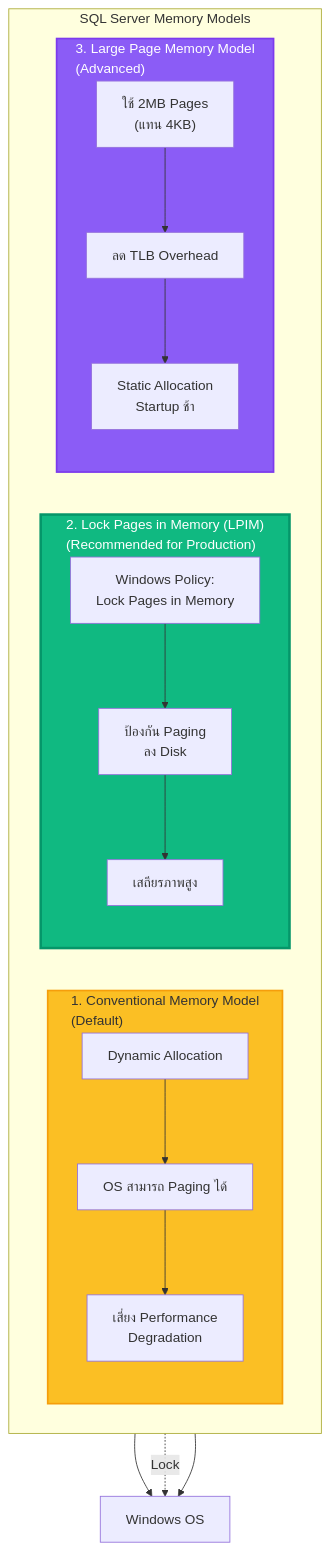
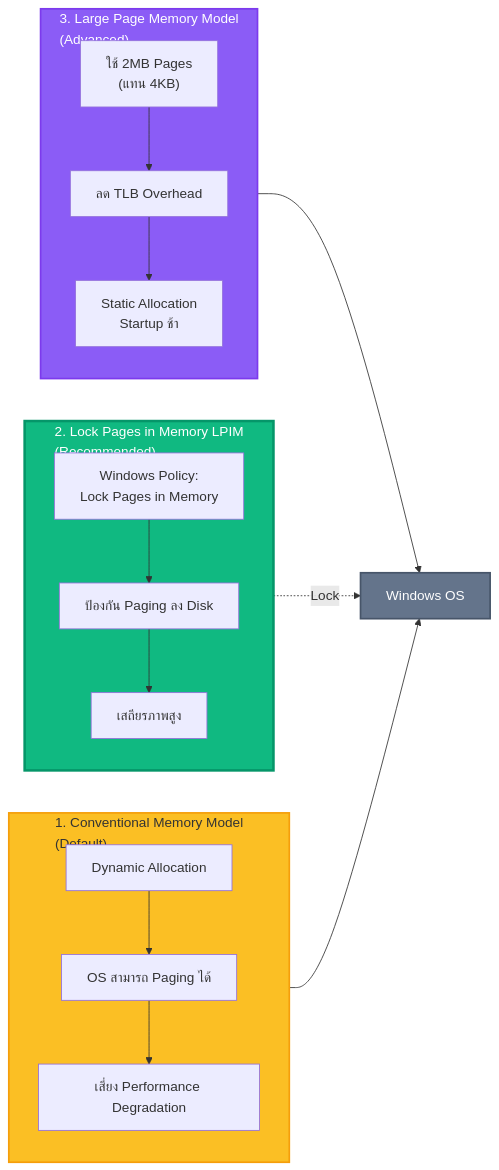
The second of 7 diagrams in Module_04_Memory/README.md (phakkhaphong/sql-server-performance-tuning), drawn with Mermaid before and after one commit.

Commit message:
Refactor README diagram for SQL Server Memory Models, updating layout direction and improving clarity in visual representation while maintaining consistency in terminology.

````diff
--- a/Module_04_Memory/README.md
+++ b/Module_04_Memory/README.md
@@ -85,40 +85,37 @@
 ```mermaid
-graph TB
-    subgraph MemoryModels["SQL Server Memory Models"]
-        direction LR
-        
-        subgraph Conventional["1. Conventional Memory Model<br/>(Default)"]
-            direction TB
-            C1["Dynamic Allocation"]
-            C2["OS สามารถ Paging ได้"]
-            C3["เสี่ยง Performance<br/>Degradation"]
-            C1 --> C2 --> C3
-        end
-        
-        subgraph LPIM["2. Lock Pages in Memory (LPIM)<br/>(Recommended for Production)"]
-            direction TB
-            L1["Windows Policy:<br/>Lock Pages in Memory"]
-            L2["ป้องกัน Paging<br/>ลง Disk"]
-            L3["เสถียรภาพสูง"]
-            L1 --> L2 --> L3
-        end
-        
-        subgraph LargePage["3. Large Page Memory Model<br/>(Advanced)"]
-            direction TB
-            LP1["ใช้ 2MB Pages<br/>(แทน 4KB)"]
-            LP2["ลด TLB Overhead"]
-            LP3["Static Allocation<br/>Startup ช้า"]
-            LP1 --> LP2 --> LP3
-        end
+flowchart LR
+    subgraph Conventional["1. Conventional Memory Model<br/>(Default)"]
+        direction TB
+        C1["Dynamic Allocation"]
+        C2["OS สามารถ Paging ได้"]
+        C3["เสี่ยง Performance Degradation"]
+        C1 --> C2 --> C3
+    end
+    
+    subgraph LPIM["2. Lock Pages in Memory LPIM<br/>(Recommended)"]
+        direction TB
+        L1["Windows Policy:<br/>Lock Pages in Memory"]
+        L2["ป้องกัน Paging ลง Disk"]
+        L3["เสถียรภาพสูง"]
+        L1 --> L2 --> L3
+    end
+    
+    subgraph LargePage["3. Large Page Memory Model<br/>(Advanced)"]
+        direction TB
+        LP1["ใช้ 2MB Pages<br/>(แทน 4KB)"]
+        LP2["ลด TLB Overhead"]
+        LP3["Static Allocation<br/>Startup ช้า"]
+        LP1 --> LP2 --> LP3
     end
     
     OS2["Windows OS"]
     
-    Conventional --> OS2
-    LPIM -.->|Lock| OS2
-    LargePage --> OS2
+    C3 --> OS2
+    L3 -.->|Lock| OS2
+    LP3 --> OS2
     
     style Conventional fill:#fbbf24,stroke:#f59e0b,stroke-width:2px
     style LPIM fill:#10b981,stroke:#059669,stroke-width:3px,color:#fff
     style LargePage fill:#8b5cf6,stroke:#7c3aed,stroke-width:2px,color:#fff
+    style OS2 fill:#64748b,stroke:#475569,stroke-width:2px,color:#fff
 ```
````
